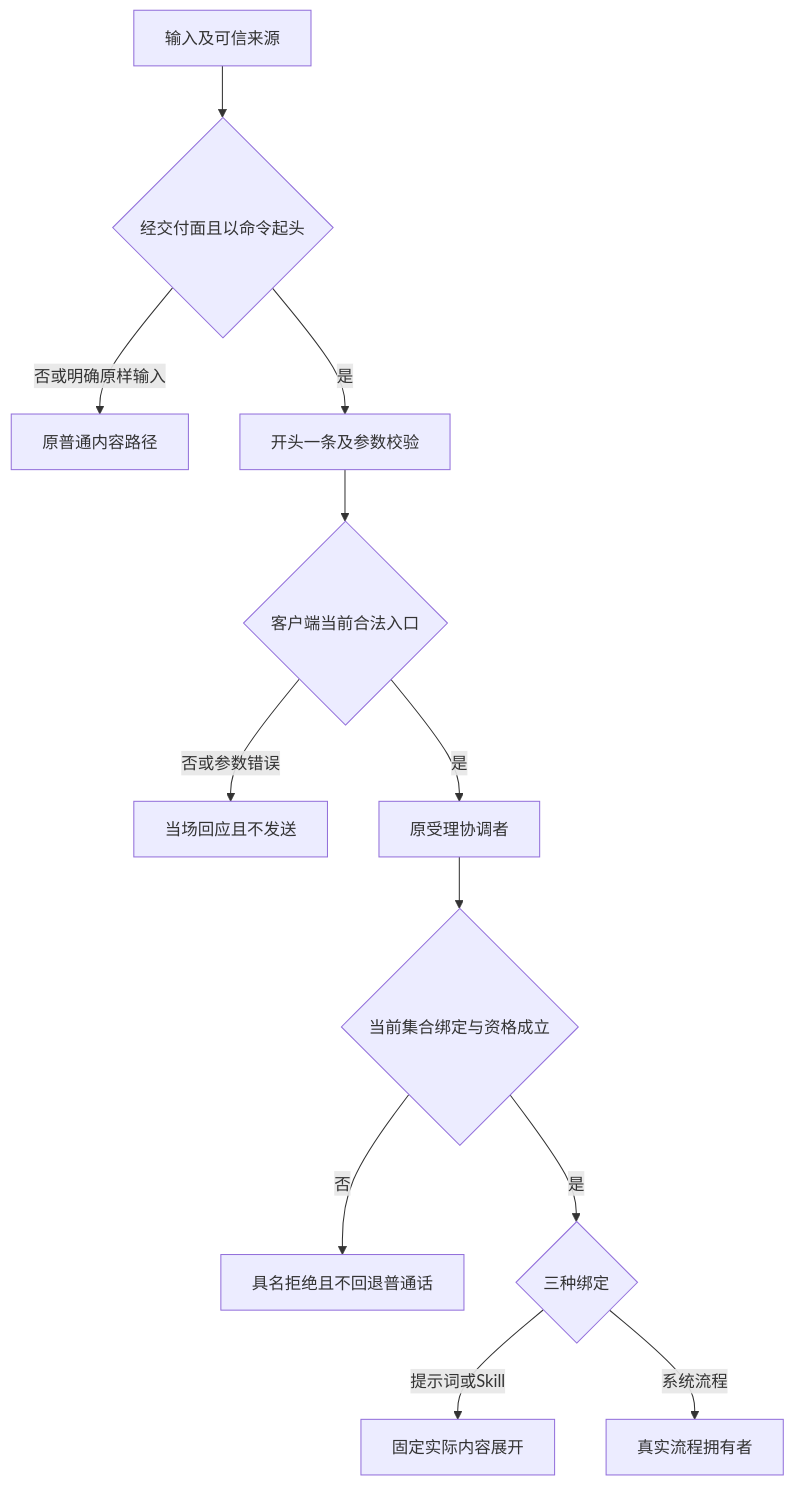
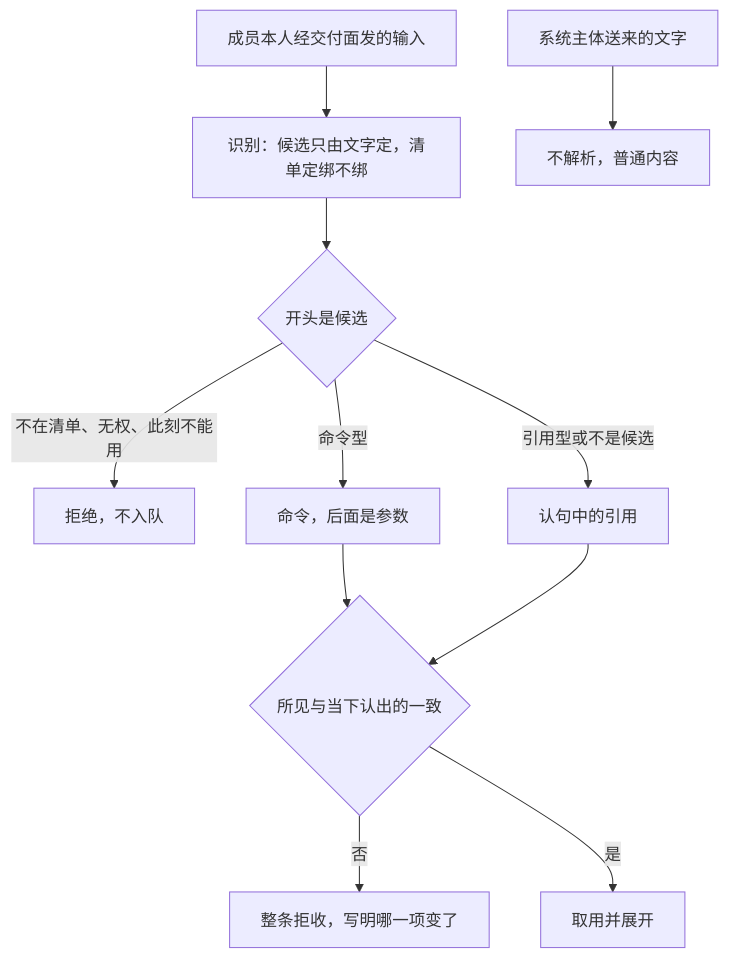
The first of 2 diagrams in docs/domains/slash-commands/key-flows.md (nemori-ai/omne-harness-lite), drawn with Mermaid before and after one commit. The commit also changed other lines of this file and 30 other files, not shown here.

````diff
--- a/docs/domains/slash-commands/key-flows.md
+++ b/docs/domains/slash-commands/key-flows.md
@@ -9,14 +9,13 @@
 ```mermaid
 flowchart TD
-    Input[输入及可信来源] --> Surface{经交付面且以命令起头}
-    Surface -->|否或明确原样输入| Plain[原普通内容路径]
-    Surface -->|是| Parse[开头一条及参数校验]
-    Parse --> Pre{客户端当前合法入口}
-    Pre -->|否或参数错误| Stop[当场回应且不发送]
-    Pre -->|是| Intake[原受理协调者]
-    Intake --> Now{当前集合绑定与资格成立}
-    Now -->|否| Refuse[具名拒绝且不回退普通话]
-    Now -->|是| Target{三种绑定}
-    Target -->|提示词或Skill| Expand[固定实际内容展开]
-    Target -->|系统流程| Owner[真实流程拥有者]
+    Input[成员本人经交付面发的输入] --> Recognize[识别：候选只由文字定，清单定绑不绑]
+    Other[系统主体送来的文字] --> Plain[不解析，普通内容]
+    Recognize --> Head{开头是候选}
+    Head -->|不在清单、无权、此刻不能用| Refuse[拒绝，不入队]
+    Head -->|命令型| Command[命令，后面是参数]
+    Head -->|引用型或不是候选| Refs[认句中的引用]
+    Command --> Seen{所见与当下认出的一致}
+    Refs --> Seen
+    Seen -->|否| Reject[整条拒收，写明哪一项变了]
+    Seen -->|是| Expand[取用并展开]
 ```
````
